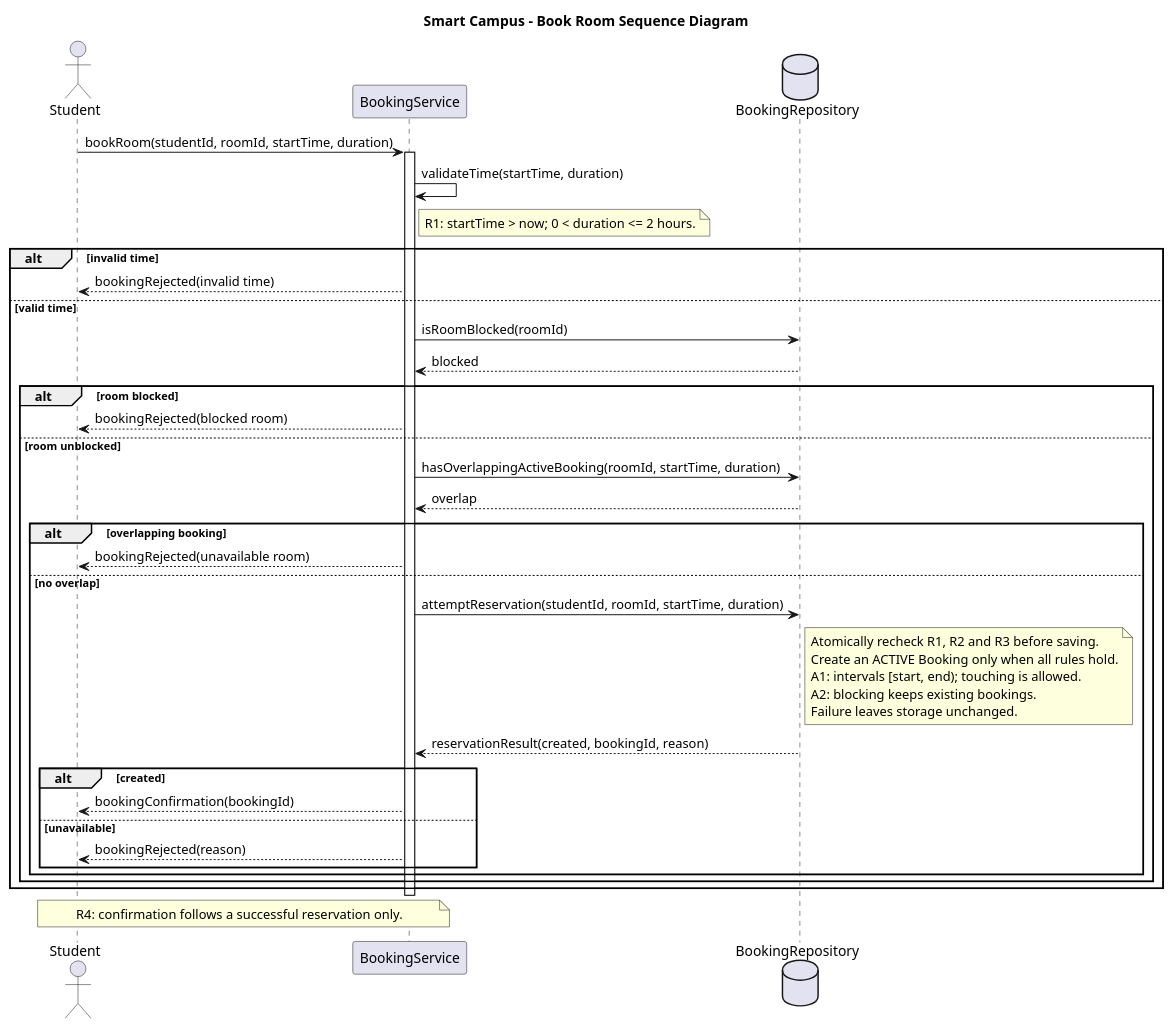
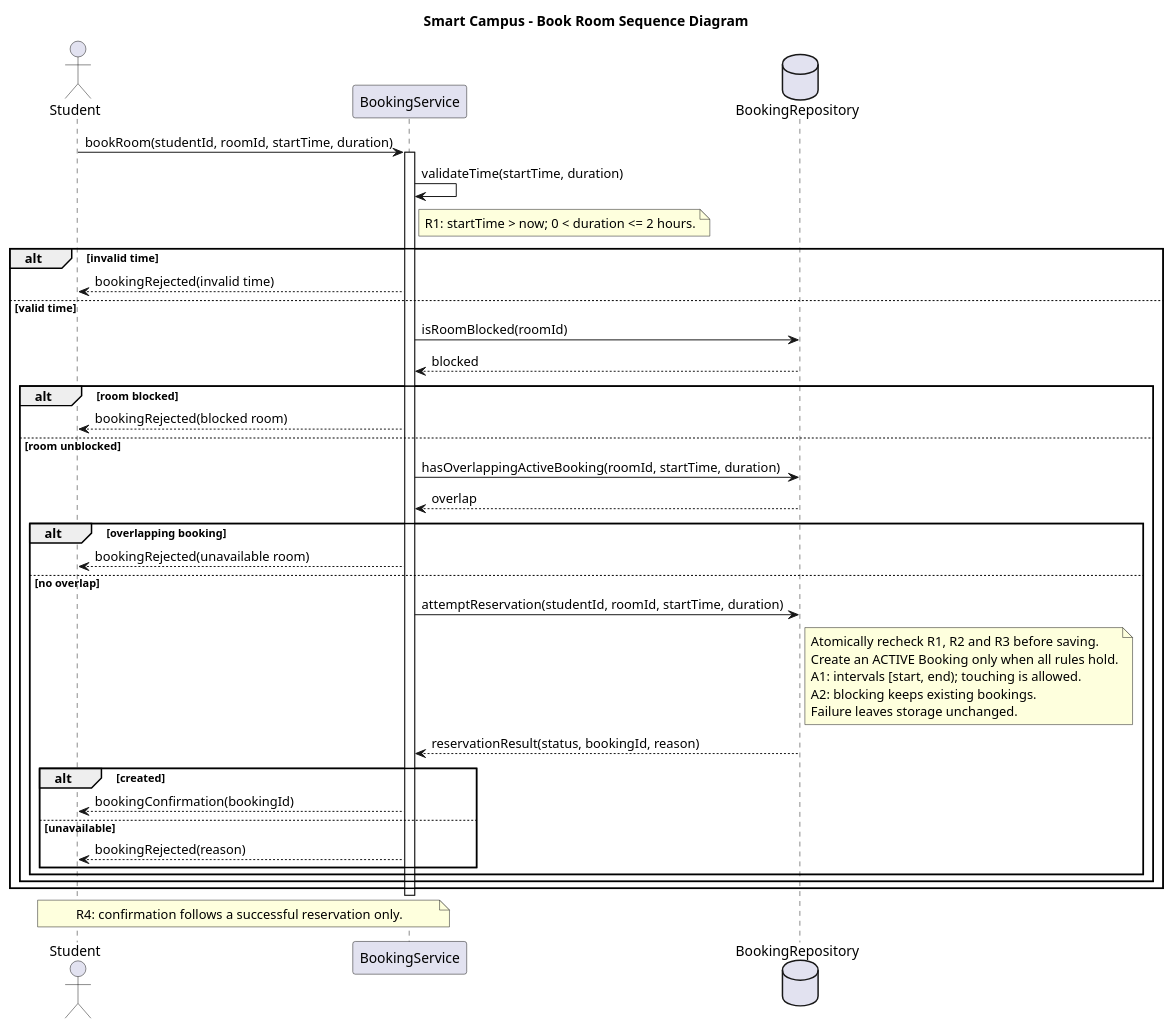
One commit to keshuba1ev/se-practice changed the diagram in week-04/models/sequence.puml. Above: the diagram before and after it, drawn with PlantUML. The commit also changed 7 other files, not shown here.

Commit message:
week-04: critique decisions, rendered diagrams and real checker evidence

```diff
--- a/week-04/models/sequence.puml
+++ b/week-04/models/sequence.puml
@@ -1,50 +1,50 @@
 @startuml
 title Smart Campus - Book Room Sequence Diagram
 
 actor Student
 participant BookingService
 database BookingRepository
 
 Student -> BookingService : bookRoom(studentId, roomId, startTime, duration)
 activate BookingService
 BookingService -> BookingService : validateTime(startTime, duration)
 note right of BookingService
 R1: startTime > now; 0 < duration <= 2 hours.
 end note
 
 alt invalid time
     BookingService --> Student : bookingRejected(invalid time)
 else valid time
     BookingService -> BookingRepository : isRoomBlocked(roomId)
     BookingRepository --> BookingService : blocked
     alt room blocked
         BookingService --> Student : bookingRejected(blocked room)
     else room unblocked
         BookingService -> BookingRepository : hasOverlappingActiveBooking(roomId, startTime, duration)
         BookingRepository --> BookingService : overlap
         alt overlapping booking
             BookingService --> Student : bookingRejected(unavailable room)
         else no overlap
             BookingService -> BookingRepository : attemptReservation(studentId, roomId, startTime, duration)
             note right of BookingRepository
             Atomically recheck R1, R2 and R3 before saving.
             Create an ACTIVE Booking only when all rules hold.
             A1: intervals [start, end); touching is allowed.
             A2: blocking keeps existing bookings.
             Failure leaves storage unchanged.
             end note
-            BookingRepository --> BookingService : reservationResult(created, bookingId, reason)
+            BookingRepository --> BookingService : reservationResult(status, bookingId, reason)
             alt created
                 BookingService --> Student : bookingConfirmation(bookingId)
             else unavailable
                 BookingService --> Student : bookingRejected(reason)
             end
         end
     end
 end
 
 deactivate BookingService
 note over Student, BookingService
 R4: confirmation follows a successful reservation only.
 end note
 @enduml
```
